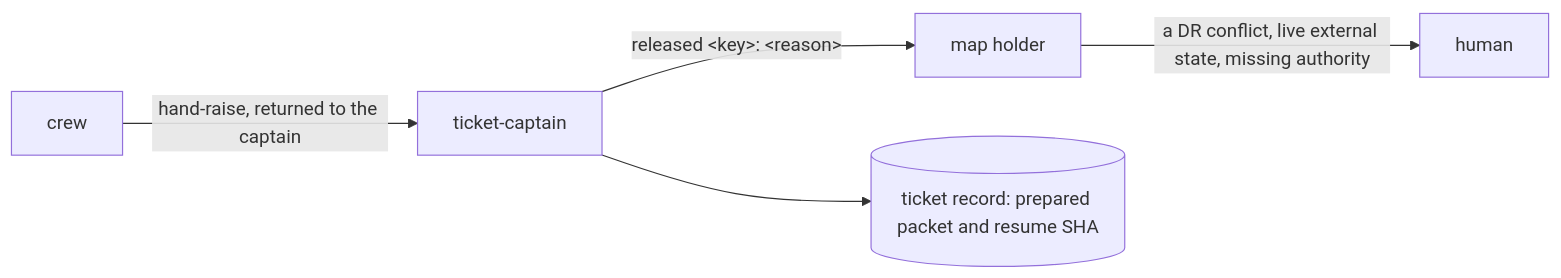
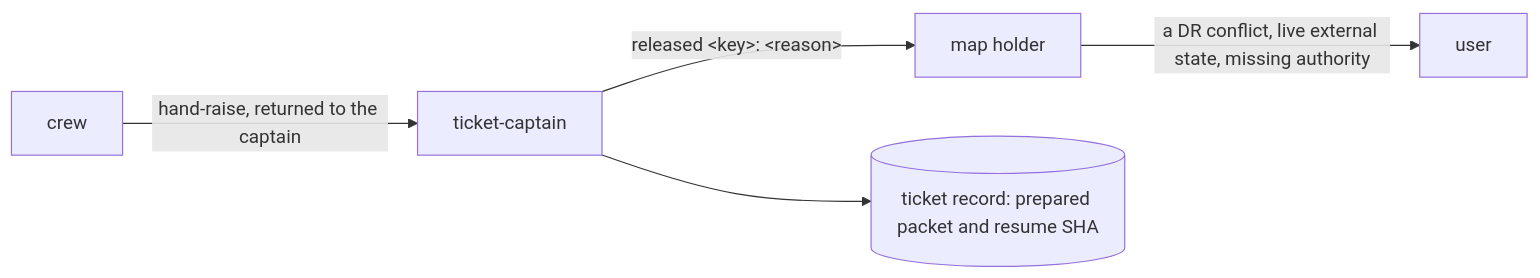
The tenth of 12 diagrams in dydo/understand/control-flow.md (bodnarbalazs/dydo), drawn with Mermaid before and after one commit. The commit also changed other lines of this file and 4 other files, not shown here.

````diff
--- a/dydo/understand/control-flow.md
+++ b/dydo/understand/control-flow.md
@@ -615,7 +615,7 @@
 ```mermaid
 flowchart LR
   W[crew] -->|hand-raise, returned to the captain| C[ticket-captain]
   C -->|released &lt;key&gt;: &lt;reason&gt;| A[map holder]
   C --> R[(ticket record: prepared packet and resume SHA)]
-  A -->|a DR conflict, live external state, missing authority| H[human]
+  A -->|a DR conflict, live external state, missing authority| H[user]
 ```
````
